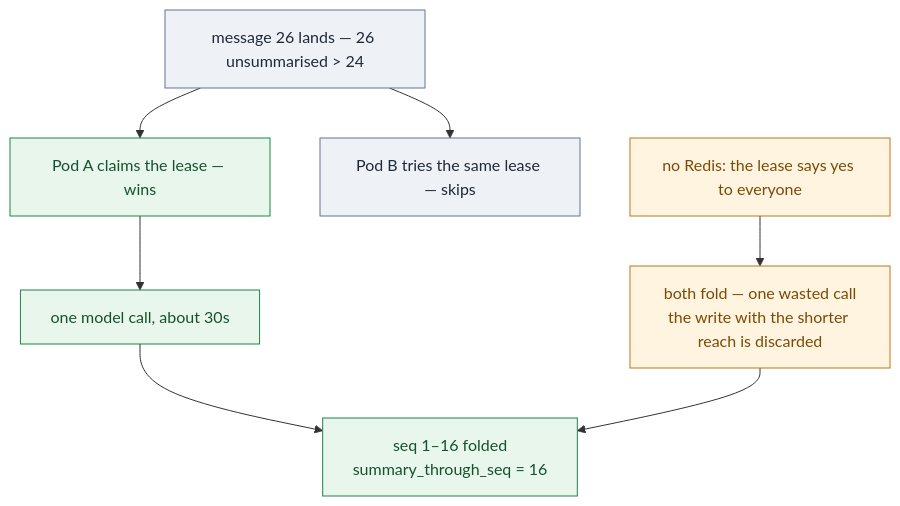
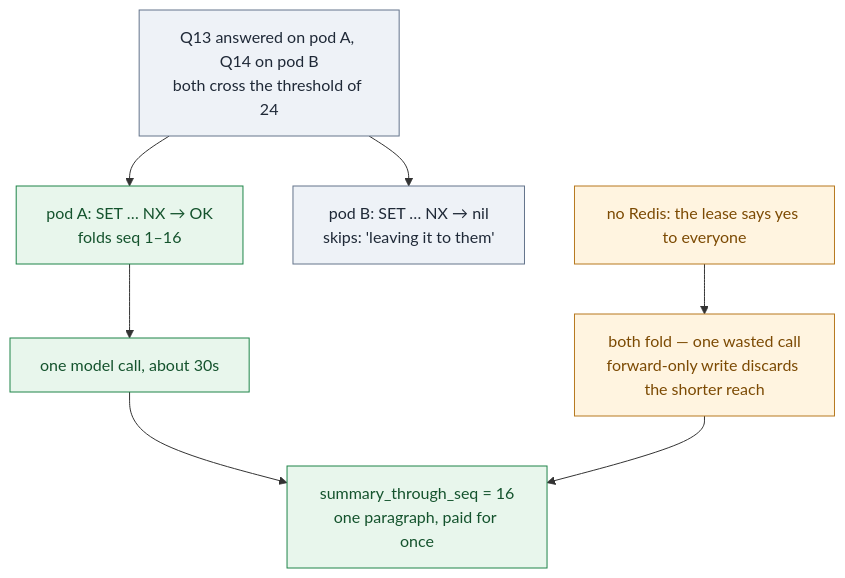
One commit to selvakumarperumal/Corporate_Filing_Analyzer_Agent changed diagram 15 of 19 in docs/TESTING-SCALING.md. Above: the diagram before and after it, drawn with Mermaid. The commit also changed other lines of this file, not shown here.

Commit message:
docs: enrich multi-pod lease coordination timeline and forward-only write mechanics in scaling guide

````diff
--- a/docs/TESTING-SCALING.md
+++ b/docs/TESTING-SCALING.md
@@ -1892,18 +2032,20 @@
 ```mermaid
 flowchart TB
-  T["message 26 lands — 26 unsummarised > 24"] --> A["Pod A claims the lease — wins"]
-  T --> B["Pod B tries the same lease — skips"]
+  T["Q13 answered on pod A, Q14 on pod B<br/>both cross the threshold of 24"] --> A
+  T --> B
+  A["pod A: SET … NX → OK<br/>folds seq 1–16"]
+  B["pod B: SET … NX → nil<br/>skips: 'leaving it to them'"]
   A --> M["one model call, about 30s"]
-  M --> W["seq 1–16 folded<br/>summary_through_seq = 16"]
-  NR["no Redis: the lease says yes to everyone"] --> D["both fold — one wasted call<br/>the write with the shorter reach is discarded"]
+  M --> W["summary_through_seq = 16<br/>one paragraph, paid for once"]
+  NR["no Redis: the lease says yes to everyone"] --> D["both fold — one wasted call<br/>forward-only write discards the shorter reach"]
   D --> W
   classDef step fill:#eef2f7,stroke:#64748b,color:#1f2937
   classDef bad fill:#fdecea,stroke:#c0392b,color:#7b1c14
   classDef good fill:#e8f6ec,stroke:#1e8449,color:#14532d
   classDef warn fill:#fff4e0,stroke:#b7791f,color:#7c4a03
   classDef fix fill:#eef2ff,stroke:#4f46e5,color:#312e81
   class T step
   class A,M,W good
   class B step
   class NR,D warn
 ```
````
